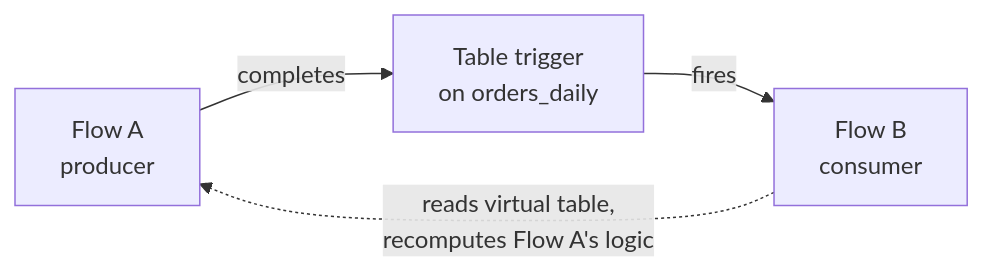
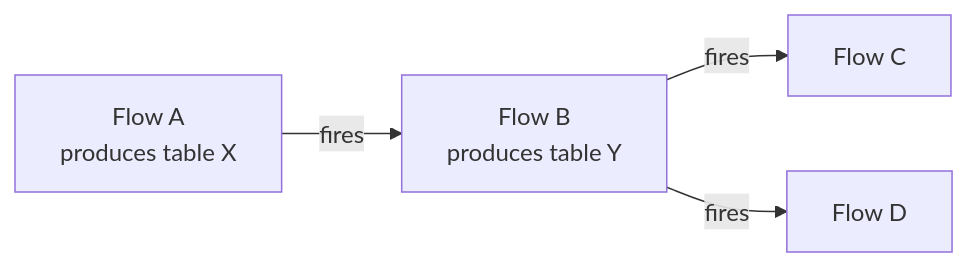
One commit to Edwardvaneechoud/Flowfile changed the second of 2 diagrams in docs/users/visual-editor/catalog/virtual-tables.md. Above: the diagram before and after it, drawn with Mermaid. The commit also changed other lines of this file, not shown here.

Commit message:
adding better description to table triggers for virtual tables

````diff
--- a/docs/users/visual-editor/catalog/virtual-tables.md
+++ b/docs/users/visual-editor/catalog/virtual-tables.md
@@ -173,6 +175,6 @@
 ```mermaid
 flowchart LR
-    A[Flow A<br/>producer] -->|completes| T[Table trigger<br/>on orders_daily]
-    T -->|fires| B[Flow B<br/>consumer]
-    B -.->|reads virtual table,<br/>recomputes Flow A's logic| A
+    A[Flow A<br/>produces table X] -->|fires| B[Flow B<br/>produces table Y]
+    B -->|fires| C[Flow C]
+    B -->|fires| D[Flow D]
 ```
````
